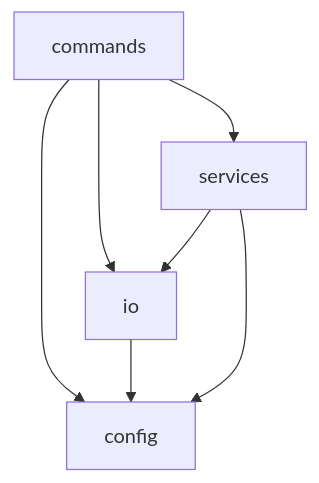
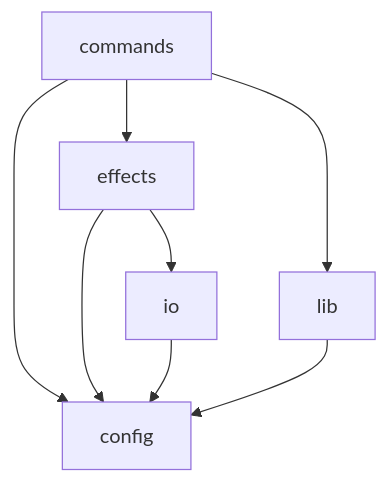
Before and after one commit to mattriley/node-kris-kringle: the diagram in README.md, drawn with Mermaid. The commit also changed other lines of this file and 13 other files, not shown here.

````diff
--- a/README.md
+++ b/README.md
@@ -78,9 +78,10 @@
 ```mermaid
 graph TD;
-    commands-->services;
-    commands-->io;
+    commands-->effects;
+    commands-->lib;
     commands-->config;
+    effects-->io;
+    effects-->config;
     io-->config;
-    services-->io;
-    services-->config;
+    lib-->config;
 ```
````
